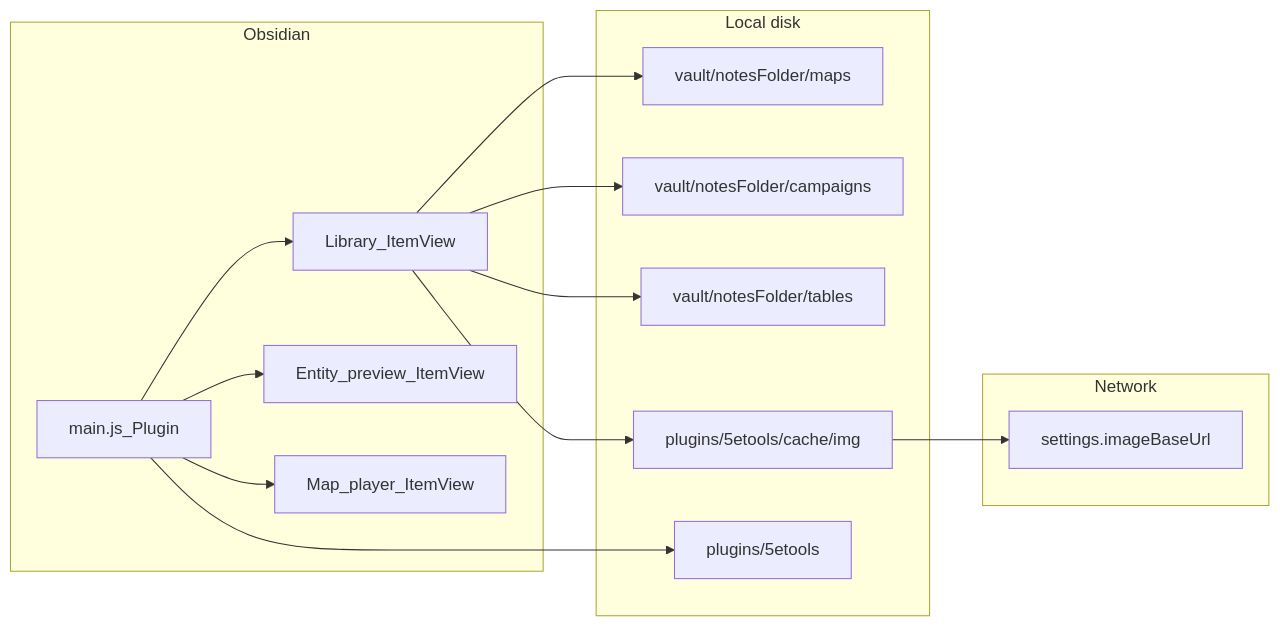
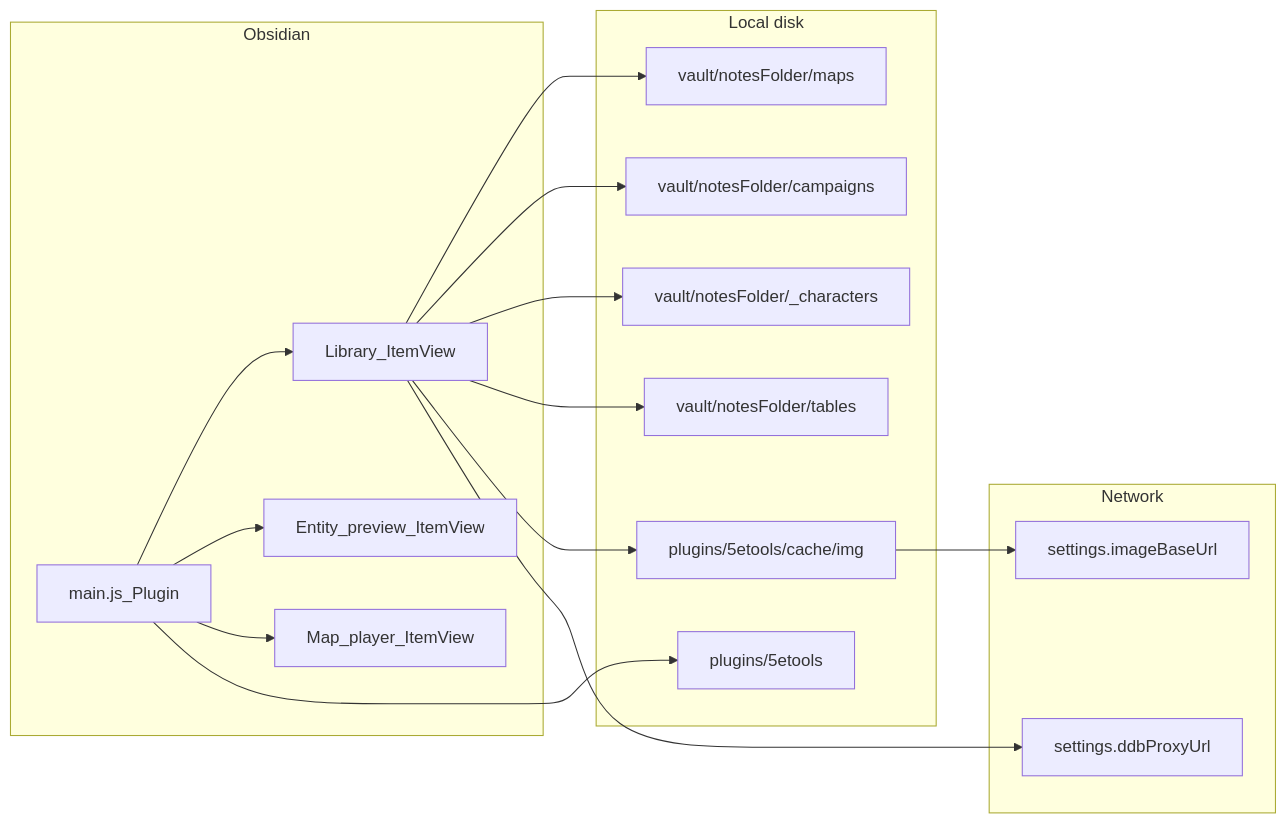
One commit to remideboer/5e-tools-obsidian changed the second of 3 diagrams in docs/architecture.md. Above: the diagram before and after it, drawn with Mermaid. The commit also changed other lines of this file and 11 other files, not shown here.

````diff
--- a/docs/architecture.md
+++ b/docs/architecture.md
@@ -24,28 +24,32 @@
 ```mermaid
 flowchart LR
   subgraph host [Obsidian]
     main[main.js_Plugin]
     lib[Library_ItemView]
     preview[Entity_preview_ItemView]
     player[Map_player_ItemView]
   end
   subgraph disk [Local disk]
     vaultMaps["vault/notesFolder/maps"]
     vaultCamp["vault/notesFolder/campaigns"]
+    vaultChars["vault/notesFolder/_characters"]
     vaultTables["vault/notesFolder/tables"]
     pluginRoot["plugins/5etools"]
     pluginCache["plugins/5etools/cache/img"]
   end
   subgraph net [Network]
     imgHost["settings.imageBaseUrl"]
+    ddbProxy["settings.ddbProxyUrl"]
   end
   main --> lib
   main --> preview
   main --> player
   lib --> vaultMaps
   lib --> vaultCamp
+  lib --> vaultChars
   lib --> vaultTables
   main --> pluginRoot
   lib --> pluginCache
   pluginCache --> imgHost
+  lib --> ddbProxy
 ```
````
